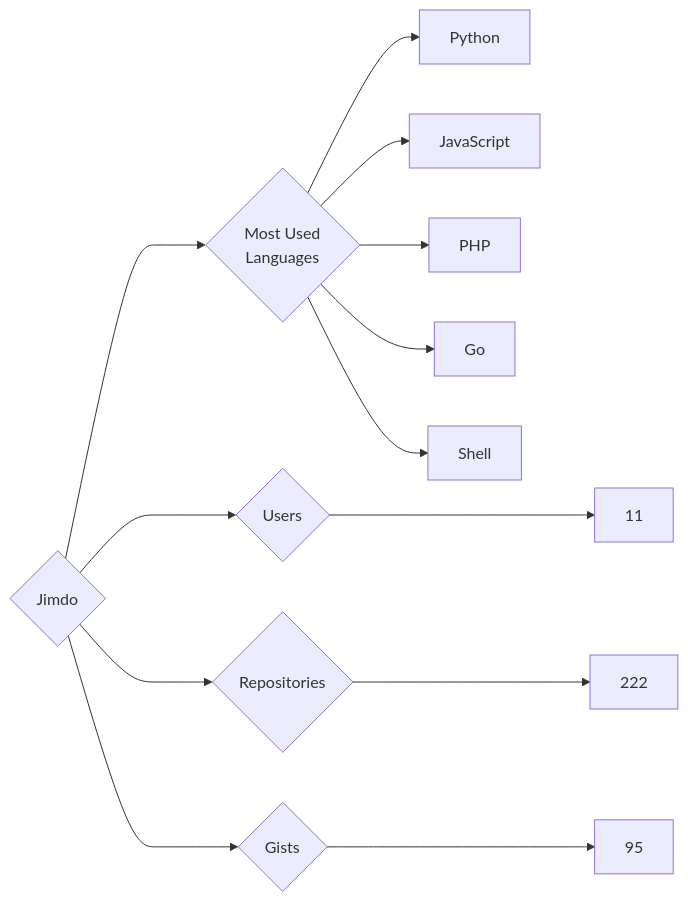
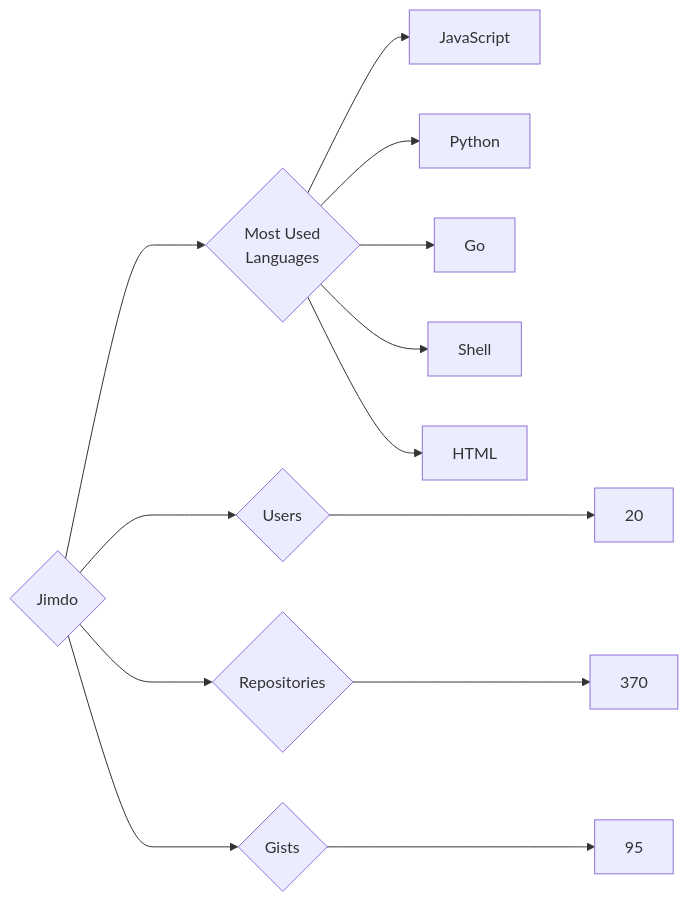
The diagram in targets/Jimdo/README.md (trickest/insiders), drawn with Mermaid before and after one commit. The commit also changed 681 other files, not shown here.

````diff
--- a/targets/Jimdo/README.md
+++ b/targets/Jimdo/README.md
@@ -3,13 +3,13 @@
 ```mermaid
 graph LR
 COMPANY_NAME{Jimdo}
-COMPANY_NAME ---> U{Users} ---> UN[11]
-COMPANY_NAME ---> R{Repositories} ---> RN[222]
+COMPANY_NAME ---> U{Users} ---> UN[20]
+COMPANY_NAME ---> R{Repositories} ---> RN[370]
 COMPANY_NAME ---> G{Gists} ---> GN[95]
 COMPANY_NAME ---> ML{Most Used<br>Languages}
+ML --> JavaScript[JavaScript]
 ML --> Python[Python]
-ML --> JavaScript[JavaScript]
-ML --> PHP[PHP]
 ML --> Go[Go]
 ML --> Shell[Shell]
+ML --> HTML[HTML]
 ```
````
